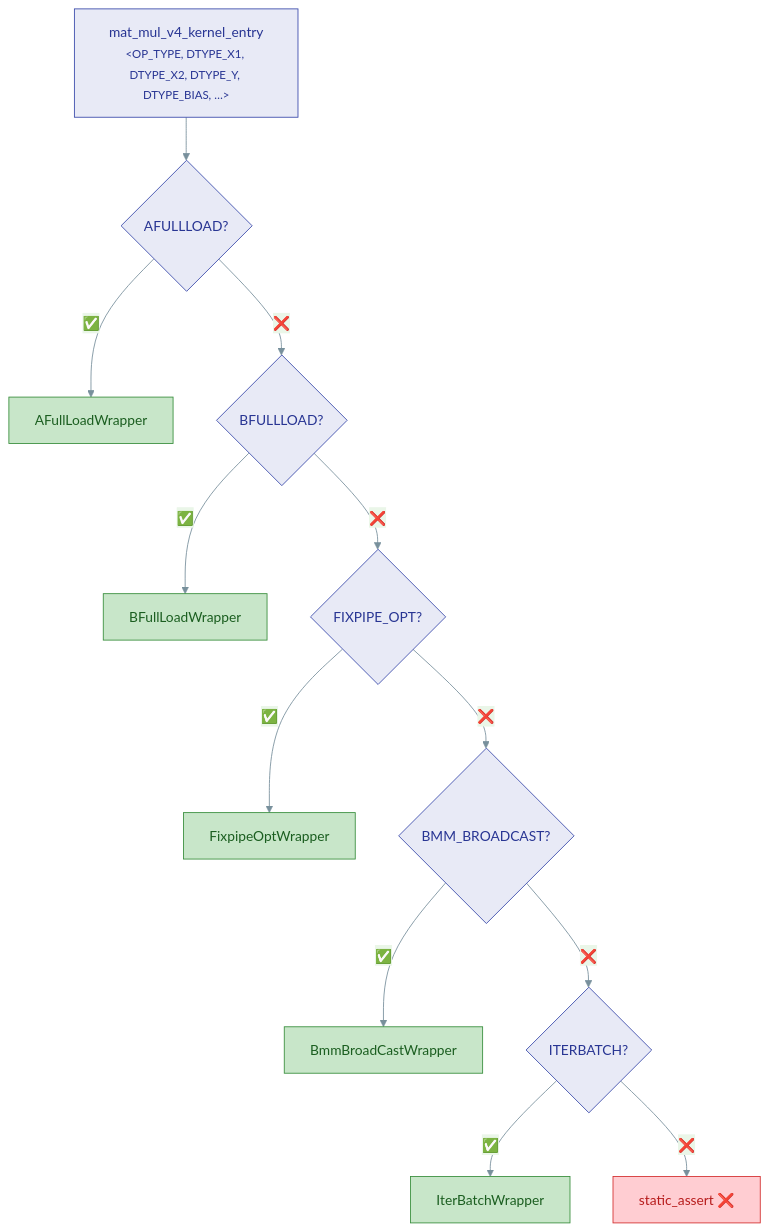
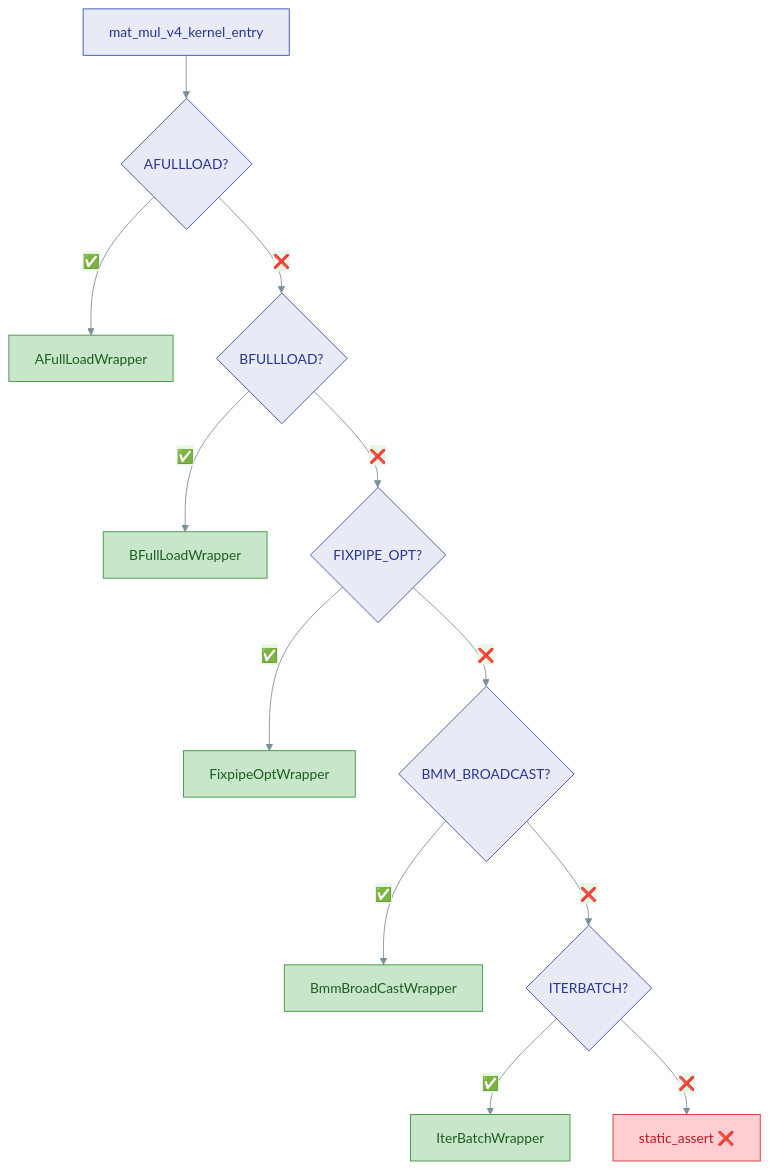
The second of 3 diagrams in tests/ut/README.md (hicann/ops-tensor), drawn with Mermaid before and after one commit. The commit also changed other lines of this file and 10 other files, not shown here.

````diff
--- a/tests/ut/README.md
+++ b/tests/ut/README.md
@@ -179,24 +179,24 @@
 ```mermaid
 %%{init: {'theme': 'base', 'themeVariables': { 'primaryColor': '#e8eaf6', 'primaryTextColor': '#283593', 'primaryBorderColor': '#3949ab', 'lineColor': '#78909c'}}}%%
 flowchart TD
-    E["mat_mul_v4_kernel_entry<br/><small>&lt;OP_TYPE, DTYPE_X1, DTYPE_X2, DTYPE_Y, DTYPE_BIAS, …&gt;</small>"]
+    E["mat_mul_v4_kernel_entry<br/><small><OP_TYPE, DTYPE_X1, DTYPE_X2, DTYPE_Y, DTYPE_BIAS, …></small>"]
 
     E --> C1{"AFULLLOAD?"}
     C1 -->|✅| W1["AFullLoadWrapper"]
     C1 -->|❌| C2{"BFULLLOAD?"}
     C2 -->|✅| W2["BFullLoadWrapper"]
     C2 -->|❌| C3{"FIXPIPE_OPT?"}
     C3 -->|✅| W3["FixpipeOptWrapper"]
     C3 -->|❌| C4{"BMM_BROADCAST?"}
     C4 -->|✅| W4["BmmBroadCastWrapper"]
     C4 -->|❌| C5{"ITERBATCH?"}
     C5 -->|✅| W5["IterBatchWrapper"]
     C5 -->|❌| W6["static_assert ❌"]
 
     style W1 fill:#c8e6c9,stroke:#388e3c,color:#1b5e20
     style W2 fill:#c8e6c9,stroke:#388e3c,color:#1b5e20
     style W3 fill:#c8e6c9,stroke:#388e3c,color:#1b5e20
     style W4 fill:#c8e6c9,stroke:#388e3c,color:#1b5e20
     style W5 fill:#c8e6c9,stroke:#388e3c,color:#1b5e20
     style W6 fill:#ffcdd2,stroke:#d32f2f,color:#b71c1c
 ```
````
